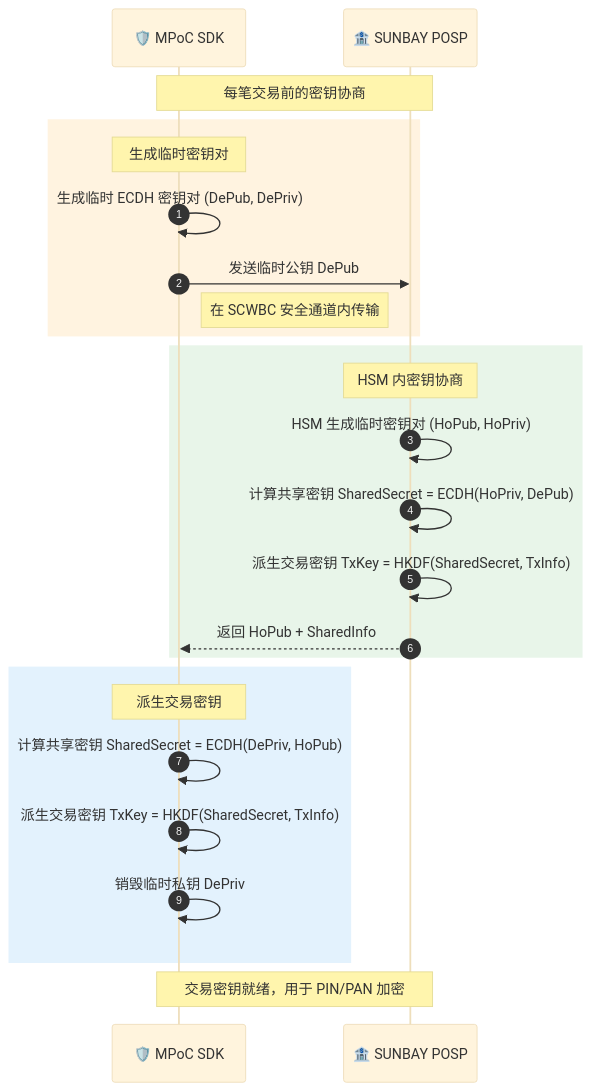
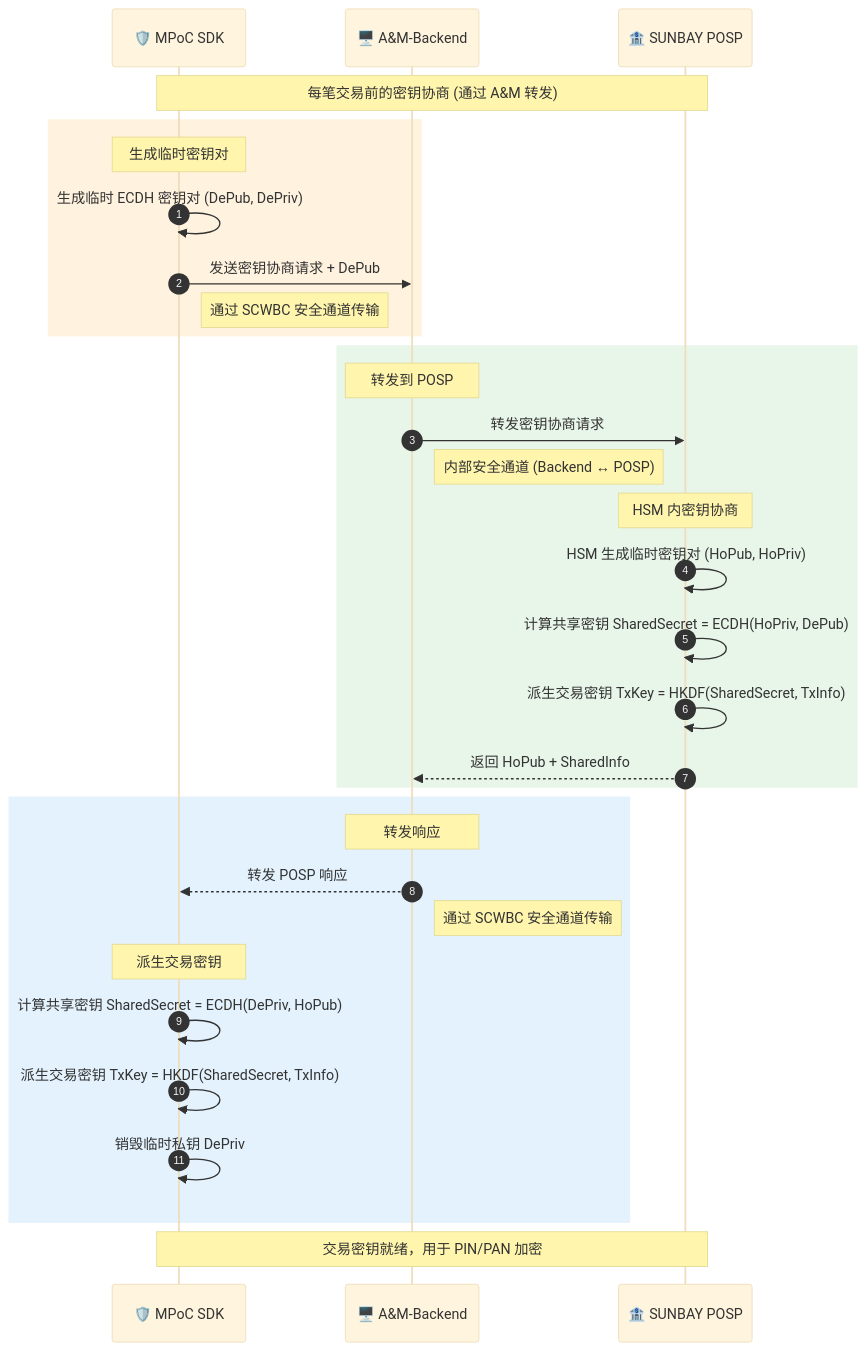
One commit to kevinwangl/sunbay-softpos-docs changed diagram 13 of 21 in solution/MPOC_SDK_API_GUIDE.md. Above: the diagram before and after it, drawn with Mermaid (base theme). The commit also changed other lines of this file, not shown here.

````diff
--- a/solution/MPOC_SDK_API_GUIDE.md
+++ b/solution/MPOC_SDK_API_GUIDE.md
@@ -1109,32 +1169,41 @@
 ```mermaid
 sequenceDiagram
     autonumber
     participant SDK as 🛡️ MPoC SDK
+    participant Backend as 🖥️ A&M-Backend
     participant PSP as 🏦 SUNBAY POSP
 
-    Note over SDK,PSP: 每笔交易前的密钥协商
+    Note over SDK,PSP: 每笔交易前的密钥协商 (通过 A&M 转发)
     
     rect rgb(255, 243, 224)
         Note over SDK: 生成临时密钥对
         SDK->>SDK: 生成临时 ECDH 密钥对 (DePub, DePriv)
-        SDK->>PSP: 发送临时公钥 DePub
-        Note right of SDK: 在 SCWBC 安全通道内传输
+        SDK->>Backend: 发送密钥协商请求 + DePub
+        Note right of SDK: 通过 SCWBC 安全通道传输
     end
     
     rect rgb(232, 245, 233)
+        Note over Backend: 转发到 POSP
+        Backend->>PSP: 转发密钥协商请求
+        Note right of Backend: 内部安全通道 (Backend ↔ POSP)
+        
         Note over PSP: HSM 内密钥协商
         PSP->>PSP: HSM 生成临时密钥对 (HoPub, HoPriv)
         PSP->>PSP: 计算共享密钥 SharedSecret = ECDH(HoPriv, DePub)
         PSP->>PSP: 派生交易密钥 TxKey = HKDF(SharedSecret, TxInfo)
-        PSP-->>SDK: 返回 HoPub + SharedInfo
+        PSP-->>Backend: 返回 HoPub + SharedInfo
     end
     
     rect rgb(227, 242, 253)
+        Note over Backend: 转发响应
+        Backend-->>SDK: 转发 POSP 响应
+        Note right of Backend: 通过 SCWBC 安全通道传输
+        
         Note over SDK: 派生交易密钥
         SDK->>SDK: 计算共享密钥 SharedSecret = ECDH(DePriv, HoPub)
         SDK->>SDK: 派生交易密钥 TxKey = HKDF(SharedSecret, TxInfo)
         SDK->>SDK: 销毁临时私钥 DePriv
     end
     
     Note over SDK,PSP: 交易密钥就绪，用于 PIN/PAN 加密
 ```
````
